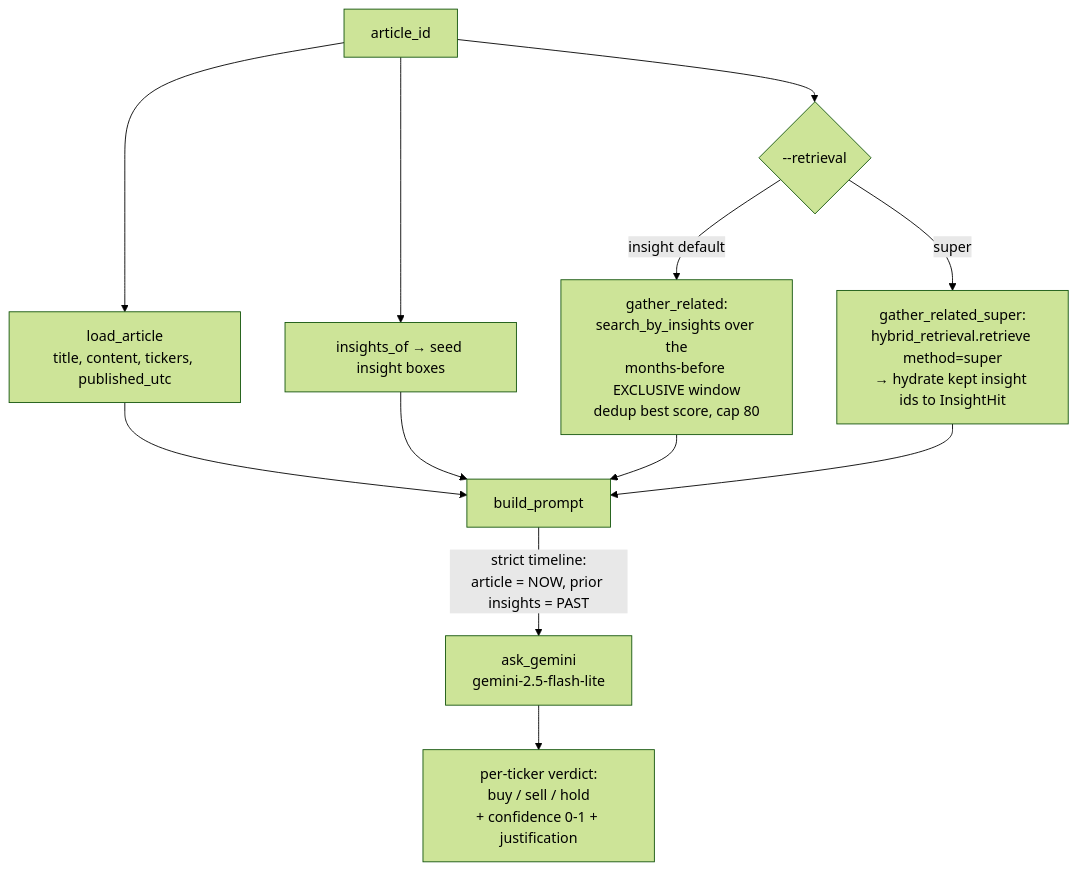
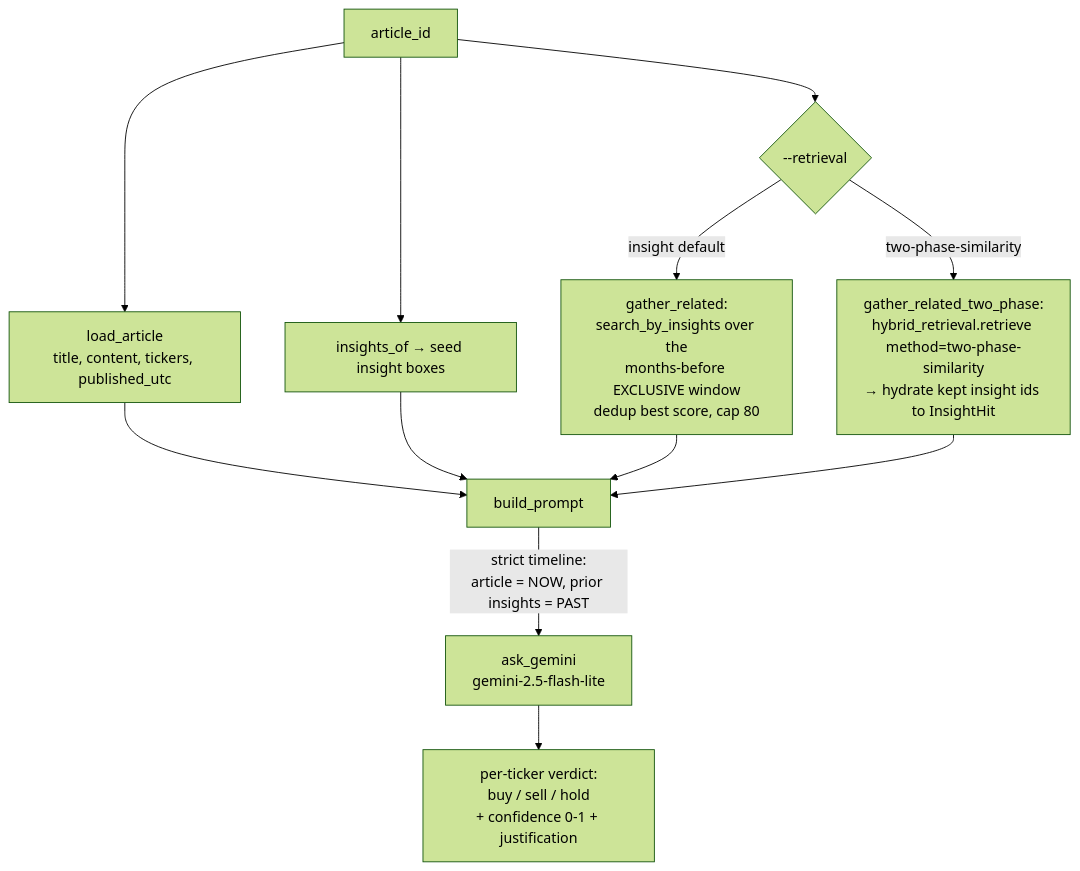
The fifth of 7 diagrams in docs/flows.md (ShezZai/Ticker_News_Analyzer), drawn with Mermaid (forest theme) before and after one commit. The commit also changed other lines of this file and 3 other files, not shown here.

Commit message:
super-retrieval name changes to two-phase-similarity

````diff
--- a/docs/flows.md
+++ b/docs/flows.md
@@ -247,14 +247,14 @@
 ```mermaid
 flowchart TD
     A[article_id] --> L[load_article<br/>title, content, tickers, published_utc]
     A --> SI[insights_of → seed insight boxes]
     A --> GR{--retrieval}
     GR -->|insight default| GRI[gather_related:<br/>search_by_insights over the<br/>months-before EXCLUSIVE window<br/>dedup best score, cap 80]
-    GR -->|super| GRS[gather_related_super:<br/>hybrid_retrieval.retrieve method=super<br/>→ hydrate kept insight ids to InsightHit]
+    GR -->|two-phase-similarity| GRS[gather_related_two_phase:<br/>hybrid_retrieval.retrieve method=two-phase-similarity<br/>→ hydrate kept insight ids to InsightHit]
     L --> BP[build_prompt]
     SI --> BP
     GRI --> BP
     GRS --> BP
     BP -->|strict timeline:<br/>article = NOW, prior insights = PAST| GM[ask_gemini<br/>gemini-2.5-flash-lite]
     GM --> V[per-ticker verdict:<br/>buy / sell / hold<br/>+ confidence 0-1 + justification]
 ```
````
